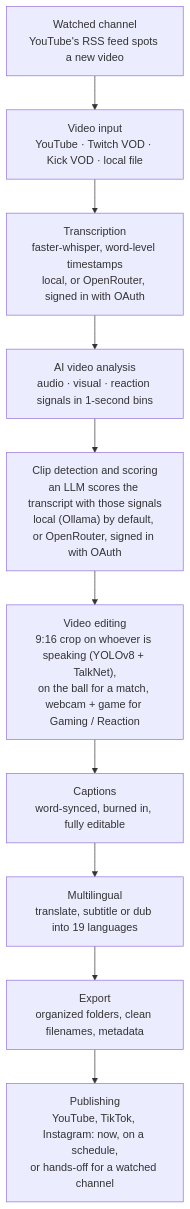
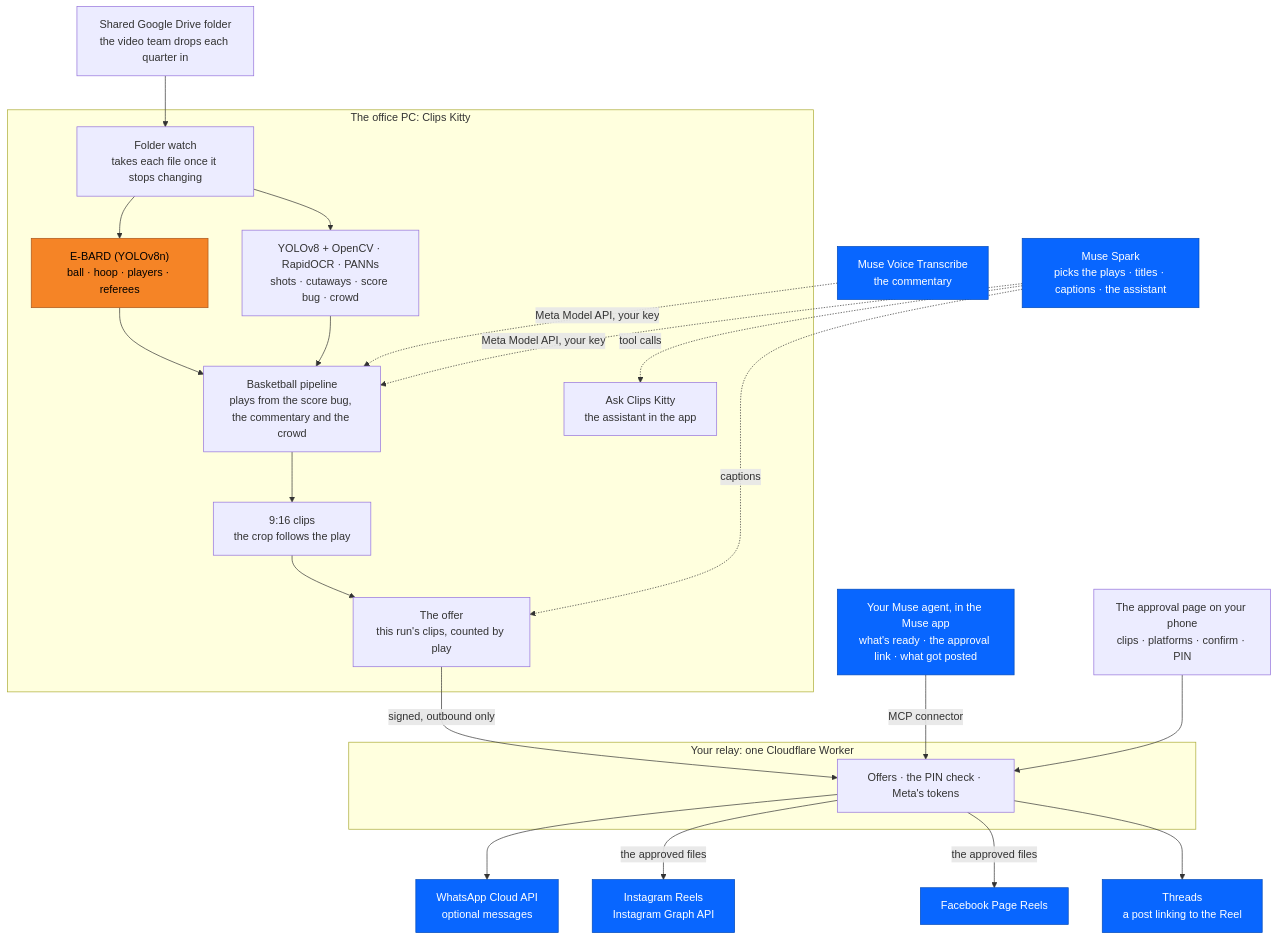
Before and after one commit to ColinGPT9/Clips-Kitty-Meta-Basketball: the diagram in README.md, drawn with Mermaid. The commit also changed other lines of this file and 16 other files, not shown here.

First line of the commit message:
README for the Meta hackathon only, with a Meta-themed architecture

````diff
--- a/README.md
+++ b/README.md
@@ -202,13 +101,46 @@
 ```mermaid
 flowchart TD
-    W["Watched channel<br/>YouTube's RSS feed spots a new video"] --> I
-    I["Video input<br/>YouTube · Twitch VOD · Kick VOD · local file"] --> T
-    T["Transcription<br/>faster-whisper, word-level timestamps<br/>local, or OpenRouter, signed in with OAuth"] --> A
-    A["AI video analysis<br/>audio · visual · reaction signals in 1-second bins"] --> S
-    S["Clip detection and scoring<br/>an LLM scores the transcript with those signals<br/>local (Ollama) by default, or OpenRouter, signed in with OAuth"] --> E
-    E["Video editing<br/>9:16 crop on whoever is speaking (YOLOv8 + TalkNet),<br/>on the ball for a match, webcam + game for Gaming / Reaction"] --> C
-    C["Captions<br/>word-synced, burned in, fully editable"] --> M
-    M["Multilingual<br/>translate, subtitle or dub into 19 languages"] --> X
-    X["Export<br/>organized folders, clean filenames, metadata"] --> P
-    P["Publishing<br/>YouTube, TikTok, Instagram: now, on a schedule,<br/>or hands-off for a watched channel"]
+    G["Shared Google Drive folder<br/>the video team drops each quarter in"]
+    subgraph PC["The office PC: Clips Kitty"]
+        F["Folder watch<br/>takes each file once it stops changing"]
+        E["E-BARD (YOLOv8n)<br/>ball · hoop · players · referees"]
+        Y["YOLOv8 + OpenCV · RapidOCR · PANNs<br/>shots · cutaways · score bug · crowd"]
+        B["Basketball pipeline<br/>plays from the score bug, the commentary and the crowd"]
+        R["9:16 clips<br/>the crop follows the play"]
+        O["The offer<br/>this run's clips, counted by play"]
+        K["Ask Clips Kitty<br/>the assistant in the app"]
+    end
+    MV["Muse Voice Transcribe<br/>the commentary"]
+    MS["Muse Spark<br/>picks the plays · titles · captions · the assistant"]
+    subgraph RL["Your relay: one Cloudflare Worker"]
+        Q["Offers · the PIN check · Meta's tokens"]
+    end
+    MU["Your Muse agent, in the Muse app<br/>what's ready · the approval link · what got posted"]
+    P["The approval page on your phone<br/>clips · platforms · confirm · PIN"]
+    WA["WhatsApp Cloud API<br/>optional messages"]
+    IG["Instagram Reels<br/>Instagram Graph API"]
+    FB["Facebook Page Reels"]
+    TH["Threads<br/>a post linking to the Reel"]
+    G --> F
+    F --> E
+    F --> Y
+    E --> B
+    Y --> B
+    B --> R
+    R --> O
+    MV -.->|Meta Model API, your key| B
+    MS -.->|Meta Model API, your key| B
+    MS -.->|captions| O
+    MS -.->|tool calls| K
+    O -->|signed, outbound only| Q
+    MU -->|MCP connector| Q
+    P --> Q
+    Q --> WA
+    Q -->|the approved files| IG
+    Q -->|the approved files| FB
+    Q --> TH
+    classDef meta fill:#0866FF,stroke:#0049B7,color:#fff
+    classDef ebard fill:#f58426,stroke:#a8551a,color:#000
+    class MV,MS,MU,WA,IG,FB,TH meta
+    class E ebard
 ```
````
